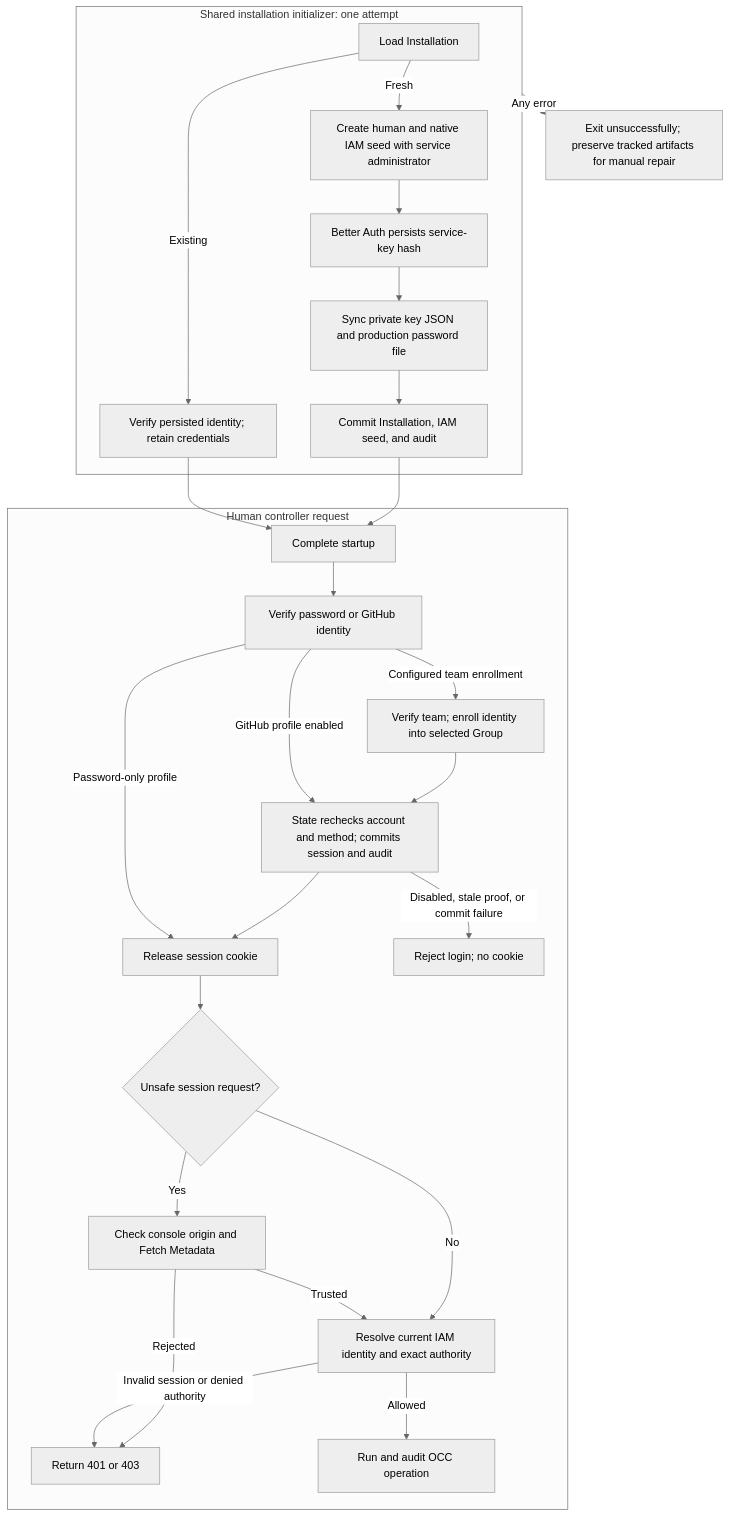
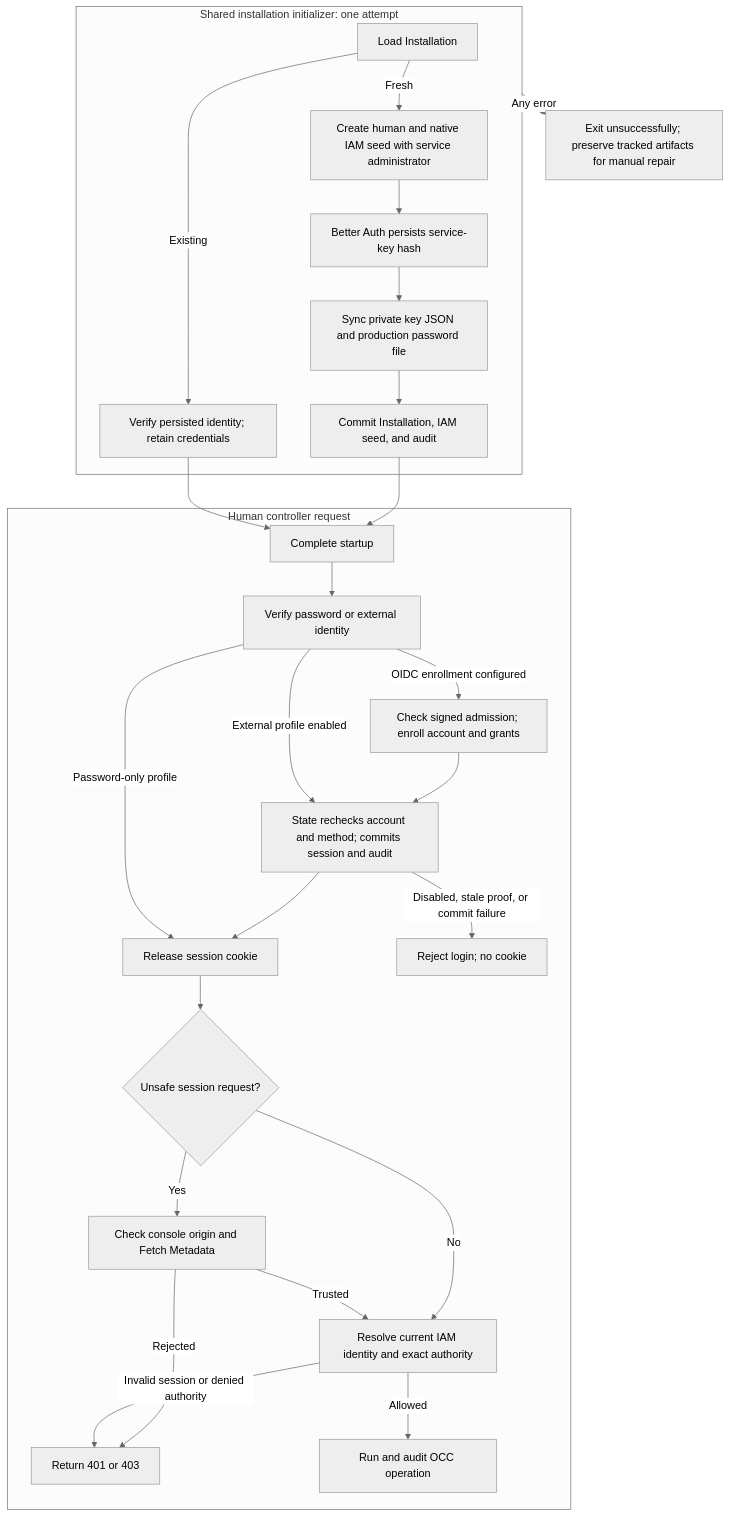
One commit to openclaw/openclaw-enterprise changed the diagram in docs/flows/local-password-authentication.md. Above: the diagram before and after it, drawn with Mermaid (neutral theme). The commit also changed other lines of this file and 110 other files, not shown here.

Commit message:
feat(auth): replace GitHub login with OIDC account enrollment

````diff
--- a/docs/flows/local-password-authentication.md
+++ b/docs/flows/local-password-authentication.md
@@ -32,29 +32,29 @@
 ```mermaid
 graph TD
   subgraph Bootstrap["Shared installation initializer: one attempt"]
     A["Load Installation"] -->|Existing| B["Verify persisted identity; retain credentials"]
     A -->|Fresh| C["Create human and native IAM seed with service administrator"]
     C --> D["Better Auth persists service-key hash"]
     D --> E["Sync private key JSON and production password file"]
     E --> F["Commit Installation, IAM seed, and audit"]
   end
   F --> G["Complete startup"]
   B --> G
   Bootstrap -->|Any error| H["Exit unsuccessfully; preserve tracked artifacts for manual repair"]
   subgraph Request["Human controller request"]
-    G --> P["Verify password or GitHub identity"]
-    P -->|Configured team enrollment| T["Verify team; enroll identity into selected Group"]
+    G --> P["Verify password or external identity"]
+    P -->|OIDC enrollment configured| T["Check signed admission; enroll account and grants"]
     T --> Q
-    P -->|GitHub profile enabled| Q["State rechecks account and method; commits session and audit"]
+    P -->|External profile enabled| Q["State rechecks account and method; commits session and audit"]
     Q --> J["Release session cookie"]
     P -->|Password-only profile| J
     Q -->|Disabled, stale proof, or commit failure| R["Reject login; no cookie"]
     J --> N{"Unsafe session request?"}
     N -->|Yes| O["Check console origin and Fetch Metadata"]
     N -->|No| K["Resolve current IAM identity and exact authority"]
     O -->|Trusted| K
     O -->|Rejected| M
     K -->|Allowed| L["Run and audit OCC operation"]
     K -->|Invalid session or denied authority| M["Return 401 or 403"]
   end
 ```
````
